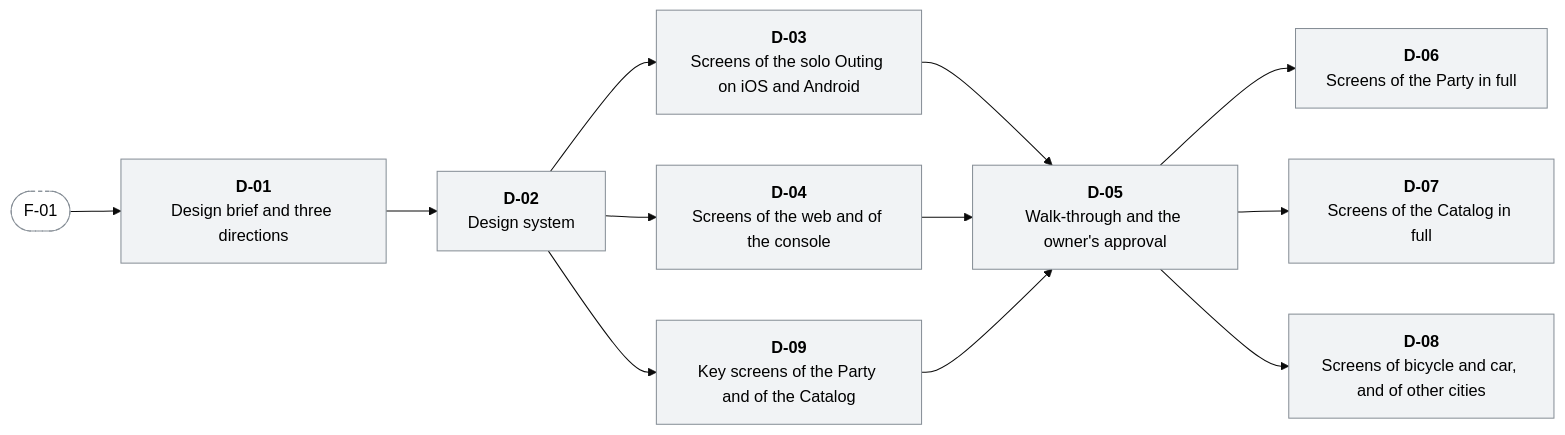
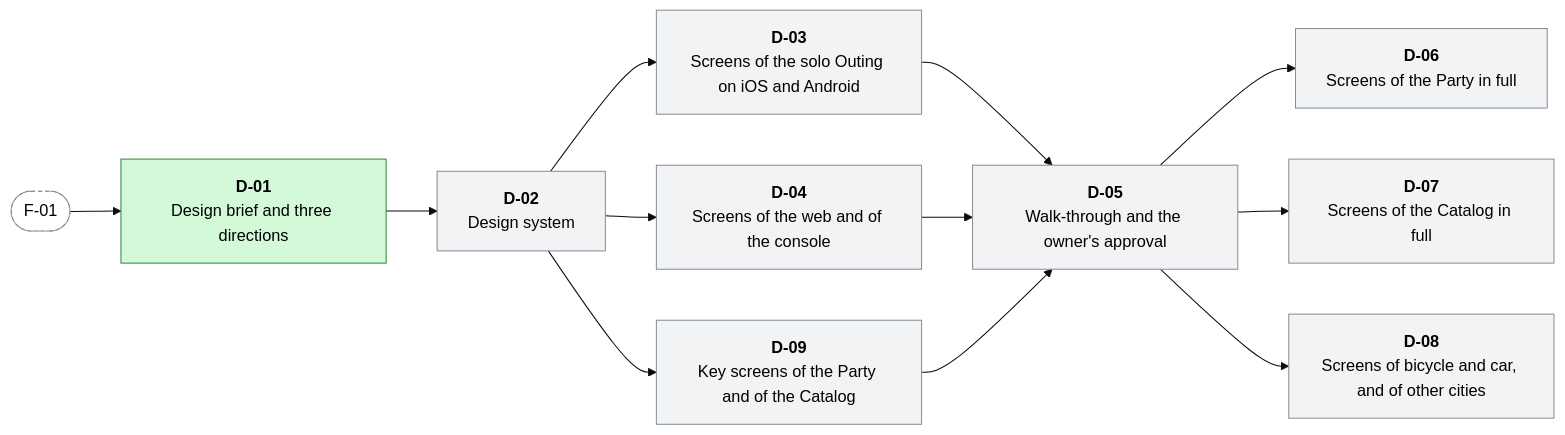
The second of 17 diagrams in docs/WORK-PLAN.md (menisika/Smart-Tour-Guide-and-Itinerary-Planner), drawn with Mermaid (base theme) before and after one commit. The commit also changed other lines of this file and 56 other files, not shown here.

First line of the commit message:
feat(design): add the design brief and the chosen direction (#2)

````diff
--- a/docs/WORK-PLAN.md
+++ b/docs/WORK-PLAN.md
@@ -272,29 +272,29 @@
 ```mermaid
 flowchart LR
   classDef done fill:#d3f9d8,stroke:#2b8a3e,color:#000
   classDef progress fill:#fff3bf,stroke:#e67700,color:#000
   classDef blocked fill:#ffe3e3,stroke:#c92a2a,color:#000
   classDef todo fill:#f1f3f5,stroke:#868e96,color:#000
   classDef outside fill:#ffffff,stroke:#868e96,stroke-dasharray:4 3,color:#000
-  D_01["<b>D-01</b><br/>Design brief and three directions"]:::todo
+  D_01["<b>D-01</b><br/>Design brief and three directions"]:::done
   D_02["<b>D-02</b><br/>Design system"]:::todo
   D_03["<b>D-03</b><br/>Screens of the solo Outing on iOS and Android"]:::todo
   D_04["<b>D-04</b><br/>Screens of the web and of the console"]:::todo
   D_09["<b>D-09</b><br/>Key screens of the Party and of the Catalog"]:::todo
   D_05["<b>D-05</b><br/>Walk-through and the owner's approval"]:::todo
   D_06["<b>D-06</b><br/>Screens of the Party in full"]:::todo
   D_07["<b>D-07</b><br/>Screens of the Catalog in full"]:::todo
   D_08["<b>D-08</b><br/>Screens of bicycle and car, and of other cities"]:::todo
   F_01(["F-01"]):::outside
   F_01 --> D_01
   D_01 --> D_02
   D_02 --> D_03
   D_02 --> D_04
   D_02 --> D_09
   D_03 --> D_05
   D_04 --> D_05
   D_09 --> D_05
   D_05 --> D_06
   D_05 --> D_07
   D_05 --> D_08
 ```
````
